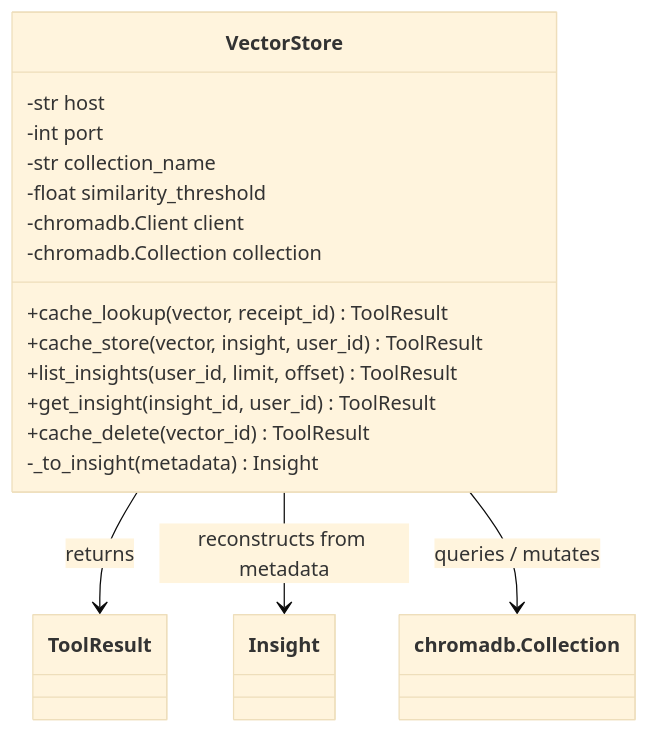
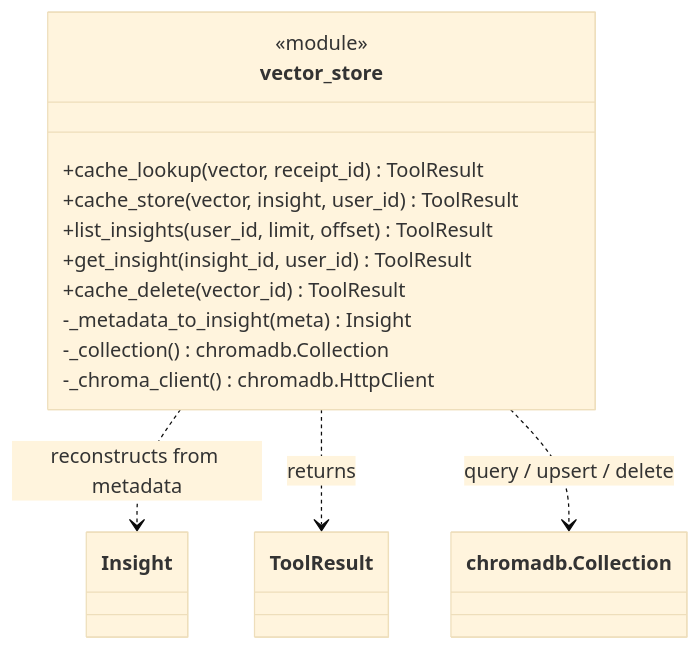
The seventh of 14 diagrams in docs/SAD.md (quanpro147/Spend-Sense-AI), drawn with Mermaid (base theme) before and after one commit. The commit also changed other lines of this file, not shown here.

````diff
--- a/docs/SAD.md
+++ b/docs/SAD.md
@@ -572,21 +662,18 @@
 ```mermaid
 classDiagram
-    class VectorStore {
-        -str host
-        -int port
-        -str collection_name
-        -float similarity_threshold
-        -chromadb.Client client
-        -chromadb.Collection collection
+    class vector_store {
+        <<module>>
         +cache_lookup(vector, receipt_id) ToolResult
         +cache_store(vector, insight, user_id) ToolResult
         +list_insights(user_id, limit, offset) ToolResult
         +get_insight(insight_id, user_id) ToolResult
         +cache_delete(vector_id) ToolResult
-        -_to_insight(metadata) Insight
+        -_metadata_to_insight(meta) Insight
+        -_collection() chromadb.Collection
+        -_chroma_client() chromadb.HttpClient
     }
 
-    VectorStore --> ToolResult : returns
-    VectorStore --> Insight : reconstructs from metadata
-    VectorStore --> chromadb.Collection : queries / mutates
+    vector_store ..> Insight : reconstructs from metadata
+    vector_store ..> ToolResult : returns
+    vector_store ..> chromadb.Collection : query / upsert / delete
 ```
````
